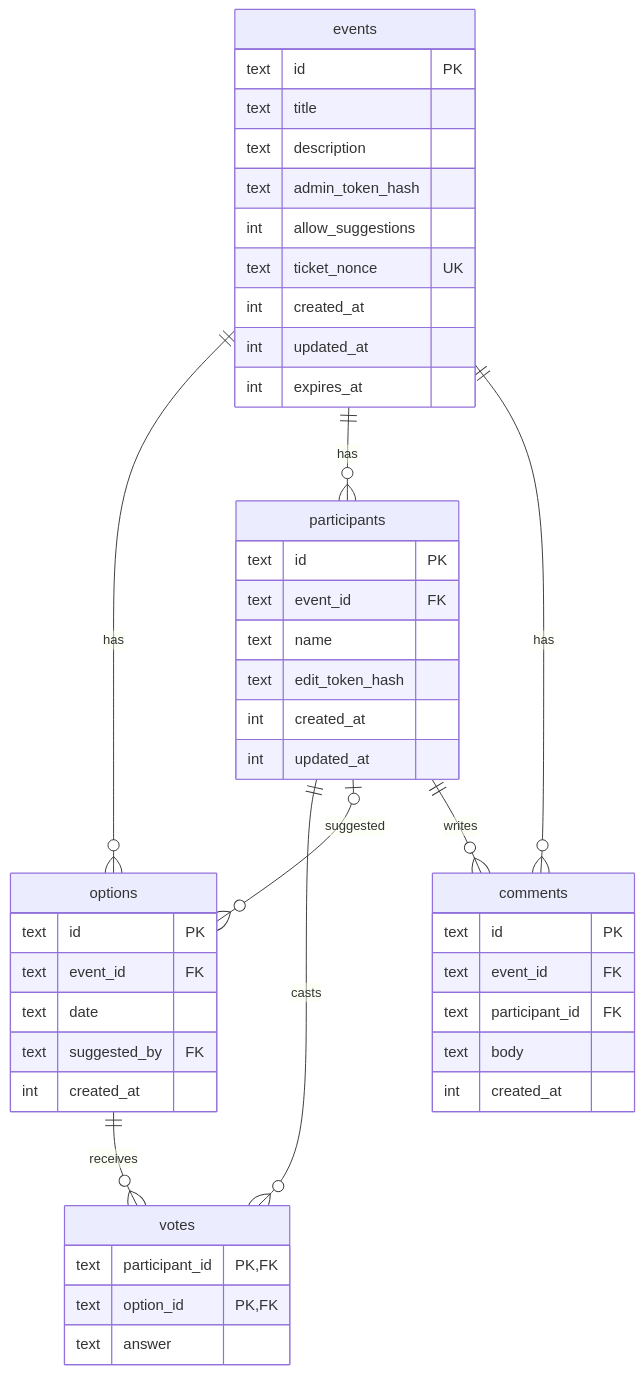
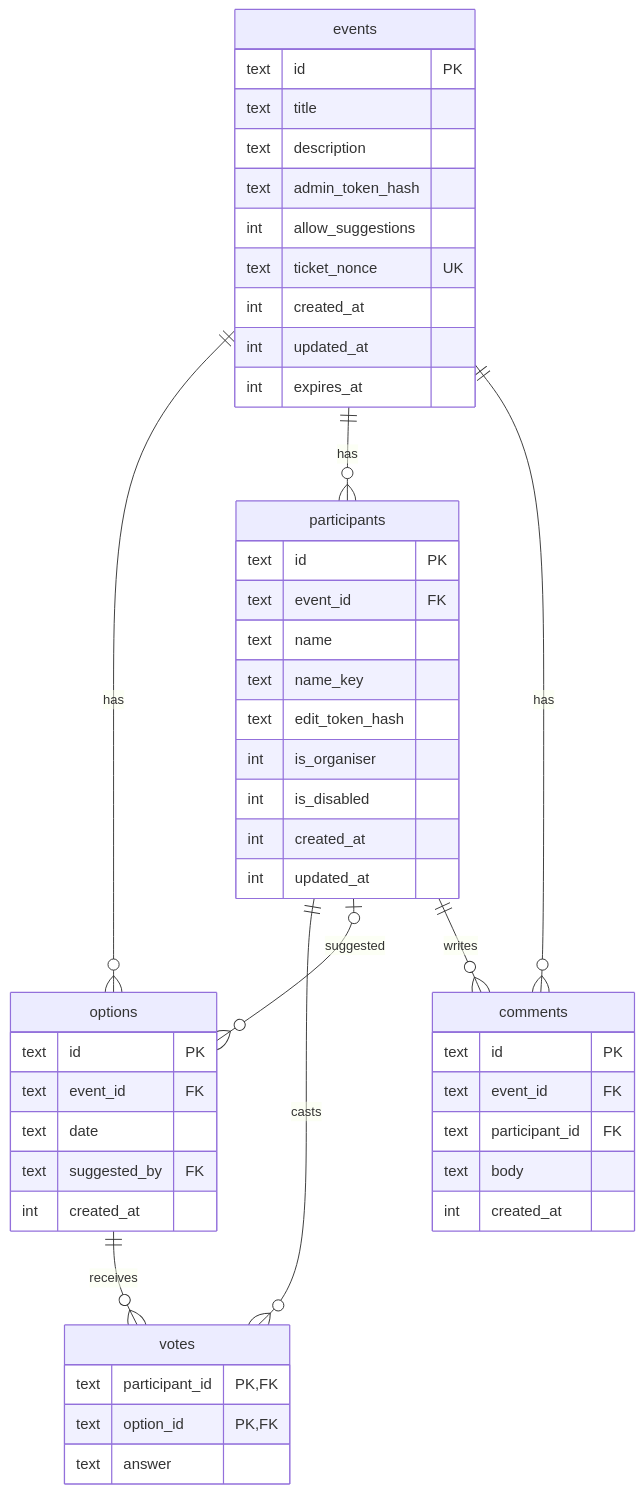
Before and after one commit to suomiton/pikadai: the diagram in docs/database.md, drawn with Mermaid. The commit also changed other lines of this file and 52 other files, not shown here.

````diff
--- a/docs/database.md
+++ b/docs/database.md
@@ -12,49 +12,52 @@
 ```mermaid
 erDiagram
     events ||--o{ options : "has"
     events ||--o{ participants : "has"
     participants ||--o{ votes : "casts"
     options ||--o{ votes : "receives"
     participants |o--o{ options : "suggested"
     events ||--o{ comments : "has"
     participants ||--o{ comments : "writes"
 
     events {
         text id PK
         text title
         text description
         text admin_token_hash
         int  allow_suggestions
         text ticket_nonce UK
         int  created_at
         int  updated_at
         int  expires_at
     }
     options {
         text id PK
         text event_id FK
         text date
         text suggested_by FK
         int  created_at
     }
     participants {
         text id PK
         text event_id FK
         text name
+        text name_key
         text edit_token_hash
+        int  is_organiser
+        int  is_disabled
         int  created_at
         int  updated_at
     }
     votes {
         text participant_id PK,FK
         text option_id PK,FK
         text answer
     }
     comments {
         text id PK
         text event_id FK
         text participant_id FK
         text body
         int  created_at
     }
 ```
````
